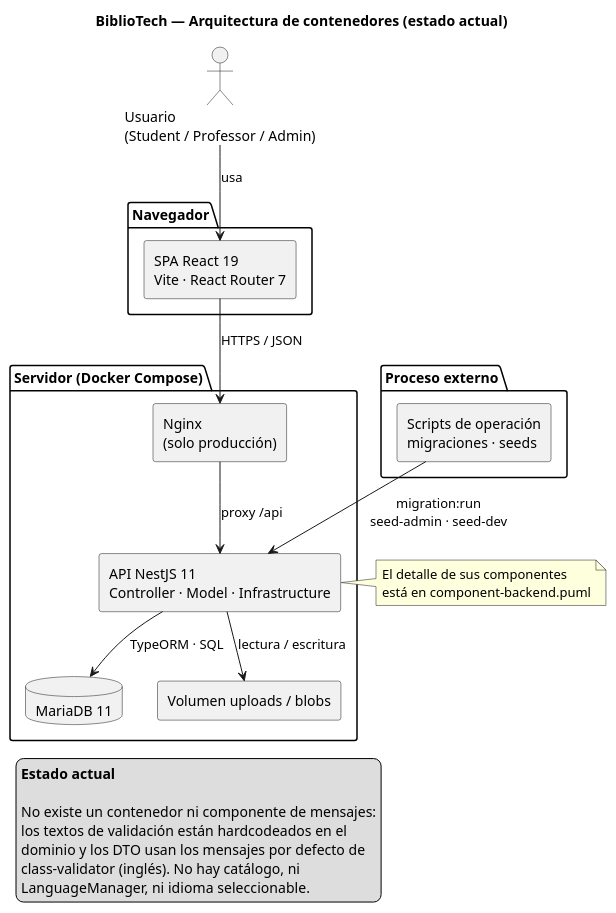
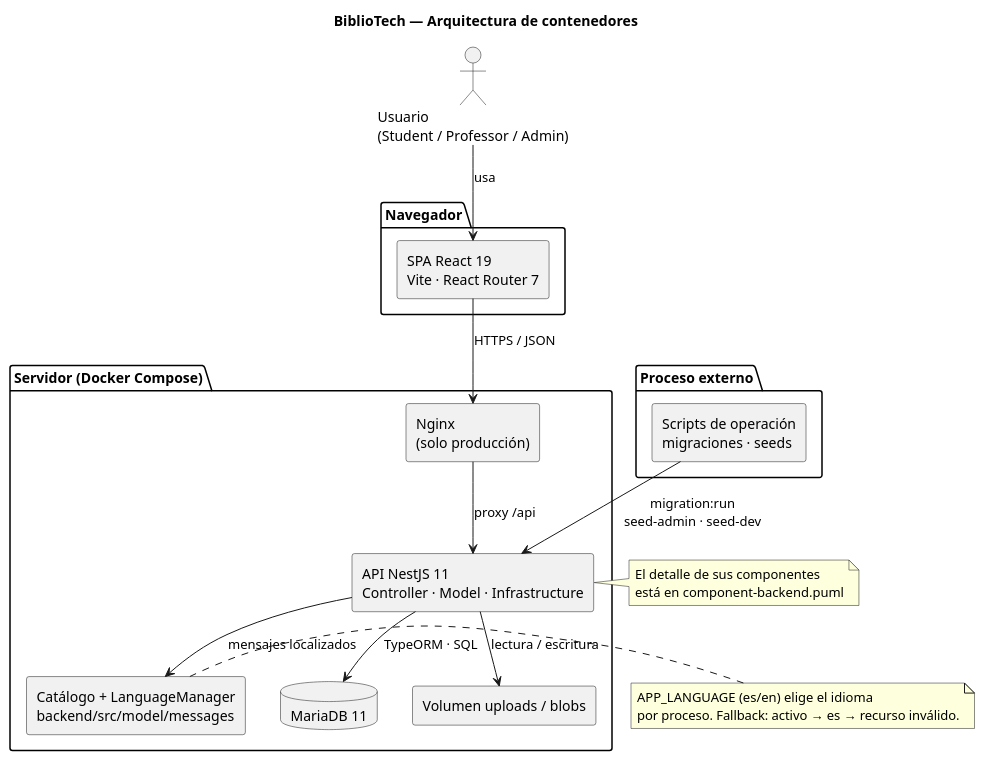
The diagram in 2026-10-13-laboratorio-validator-module/docs/diagrams/component-architecture.puml (estebanmatias92/tecnicatura-practicas-profesionalizantes-ii), drawn with PlantUML before and after one commit. The commit also changed 12 other files, not shown here.

```diff
--- a/2026-10-13-laboratorio-validator-module/docs/diagrams/component-architecture.puml
+++ b/2026-10-13-laboratorio-validator-module/docs/diagrams/component-architecture.puml
@@ -1,48 +1,45 @@
 @startuml
-title BiblioTech — Arquitectura de contenedores (estado actual)
+title BiblioTech — Arquitectura de contenedores
 
 skinparam componentStyle rectangle
 skinparam shadowing false
 skinparam nodesep 35
 skinparam ranksep 45
 
 actor "Usuario\n(Student / Professor / Admin)" as User
 
 package "Navegador" {
   component "SPA React 19\nVite · React Router 7" as SPA
 }
 
 package "Servidor (Docker Compose)" {
   component "Nginx\n(solo producción)" as Nginx
   component "API NestJS 11\nController · Model · Infrastructure" as API
   database "MariaDB 11" as DB
   component "Volumen uploads / blobs" as Uploads
+  component "Catálogo + LanguageManager\nbackend/src/model/messages" as Msg
 }
 
 package "Proceso externo" {
   component "Scripts de operación\nmigraciones · seeds" as Ops
 }
 
 User --> SPA : usa
 SPA --> Nginx : HTTPS / JSON
 Nginx --> API : proxy /api
 API --> DB : TypeORM · SQL
 API --> Uploads : lectura / escritura
+API --> Msg : mensajes localizados
 Ops --> API : migration:run\nseed-admin · seed-dev
+
+note right of Msg
+  APP_LANGUAGE (es/en) elige el idioma
+  por proceso. Fallback: activo → es → recurso inválido.
+end note
 
 note right of API
   El detalle de sus componentes
   está en component-backend.puml
 end note
 
-legend bottom left
-  **Estado actual**
-
-  No existe un contenedor ni componente de mensajes:
-  los textos de validación están hardcodeados en el
-  dominio y los DTO usan los mensajes por defecto de
-  class-validator (inglés). No hay catálogo, ni
-  LanguageManager, ni idioma seleccionable.
-endlegend
-
 @enduml
```
